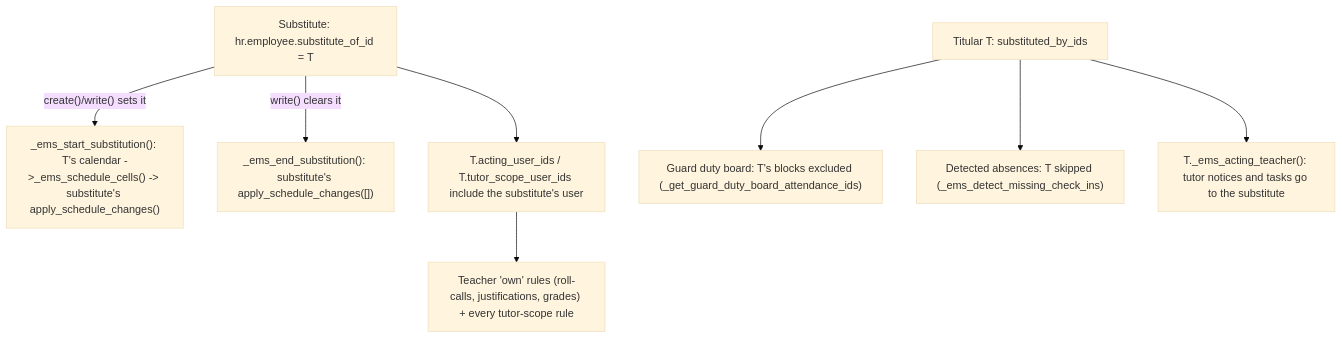
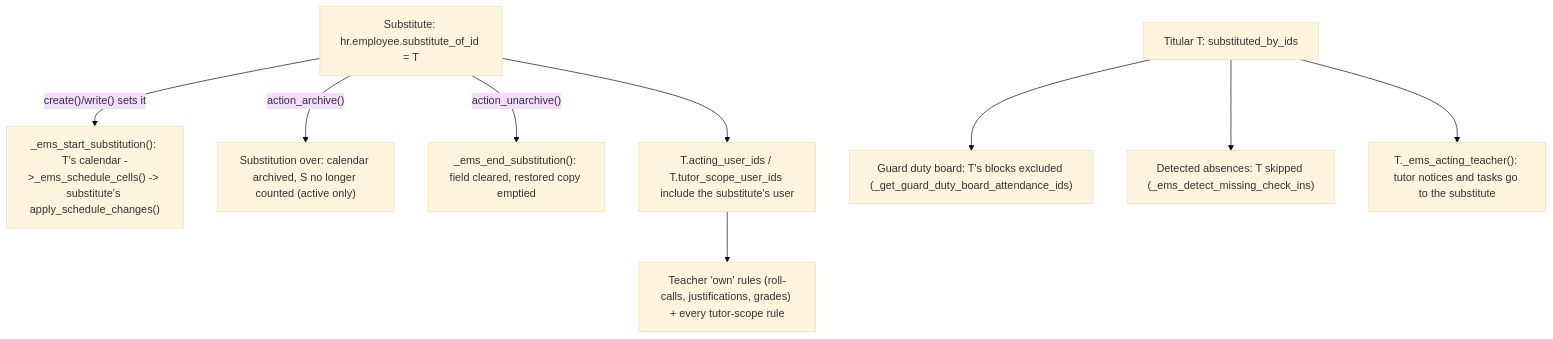
One commit to ElPuig/EMS changed the third of 3 diagrams in docs/en/developers/employees/employee.md. Above: the diagram before and after it, drawn with Mermaid (base theme). The commit also changed other lines of this file and 8 other files, not shown here.

First line of the commit message:
Substitution ends by archiving the substitute (#748)

````diff
--- a/docs/en/developers/employees/employee.md
+++ b/docs/en/developers/employees/employee.md
@@ -169,10 +171,11 @@
 ```mermaid
 graph TD
     S["Substitute: hr.employee.substitute_of_id = T"] -->|"create()/write() sets it"| COPY["_ems_start_substitution(): T's calendar ->_ems_schedule_cells() -> substitute's apply_schedule_changes()"]
-    S -->|"write() clears it"| EMPTY["_ems_end_substitution(): substitute's apply_schedule_changes([])"]
+    S -->|"action_archive()"| END["Substitution over: calendar archived, S no longer counted (active only)"]
+    S -->|"action_unarchive()"| EMPTY["_ems_end_substitution(): field cleared, restored copy emptied"]
     T["Titular T: substituted_by_ids"] --> BOARD["Guard duty board: T's blocks excluded (_get_guard_duty_board_attendance_ids)"]
     T --> DETECT["Detected absences: T skipped (_ems_detect_missing_check_ins)"]
     S --> ACT["T.acting_user_ids / T.tutor_scope_user_ids include the substitute's user"]
     ACT --> RULES["Teacher 'own' rules (roll-calls, justifications, grades) + every tutor-scope rule"]
     T --> NOTICES["T._ems_acting_teacher(): tutor notices and tasks go to the substitute"]
 ```
````
